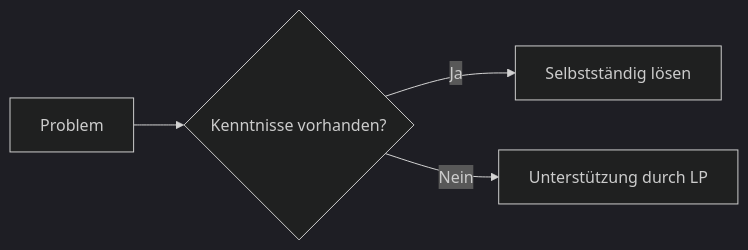
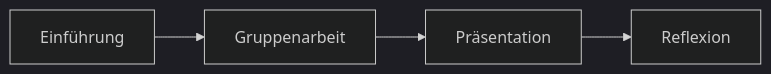
One commit to PHBern-RConrardy/hochschuldidaktik changed the third of 6 diagrams in 11_Mermaid.qmd. Above: the diagram before and after it, drawn with Mermaid (dark theme). The commit also changed other lines of this file and 15 other files, not shown here.

````diff
--- a/11_Mermaid.qmd
+++ b/11_Mermaid.qmd
@@ -42,6 +66,11 @@
 ```{mermaid}
 graph LR
-    A[Problem] --> B{Kenntnisse vorhanden?}
-    B -->|Ja| C[Selbstständig lösen]
-    B -->|Nein| D[Unterstützung durch LP]
+    A["Einführung"]
+    B["Gruppenarbeit"]
+    C["Präsentation"]
+    D["Reflexion"]
+
+    A --> B
+    B --> C
+    C --> D
 ```
````
